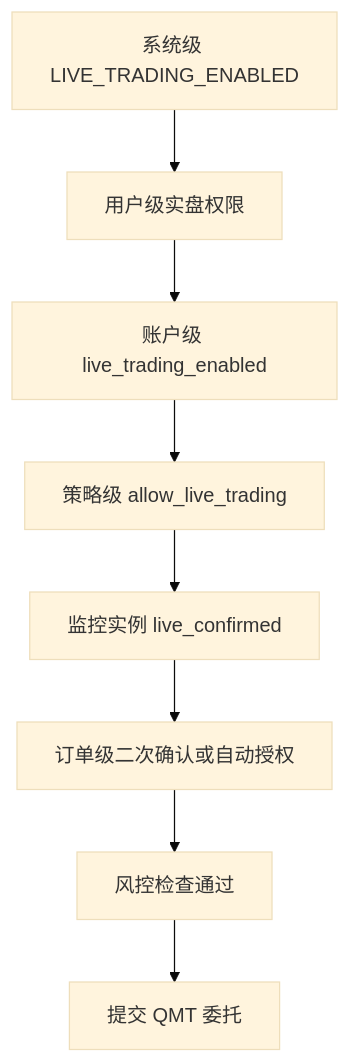
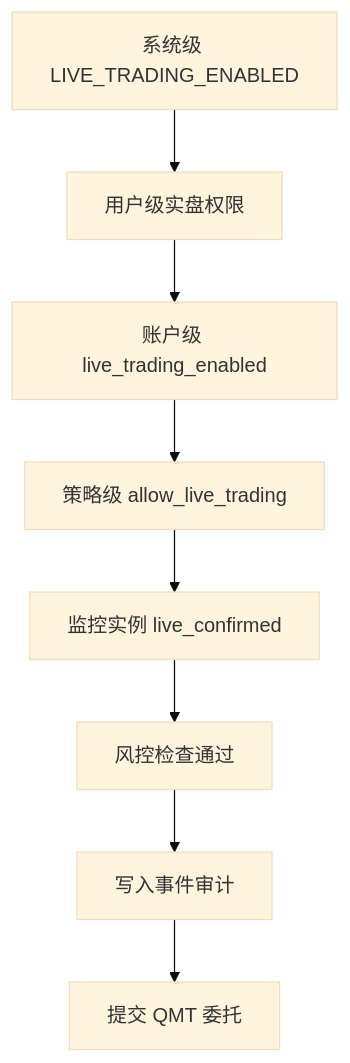
The fourth of 5 diagrams in 产品文档.md (muyouvip-ship-it/quanzhizhiyan), drawn with Mermaid (base theme) before and after one commit. The commit also changed other lines of this file and 53 other files, not shown here.

````diff
--- a/产品文档.md
+++ b/产品文档.md
@@ -1260,10 +1260,10 @@
 ```mermaid
 flowchart TD
     A["系统级 LIVE_TRADING_ENABLED"] --> B["用户级实盘权限"]
     B --> C["账户级 live_trading_enabled"]
     C --> D["策略级 allow_live_trading"]
     D --> E["监控实例 live_confirmed"]
-    E --> F["订单级二次确认或自动授权"]
-    F --> G["风控检查通过"]
+    E --> F["风控检查通过"]
+    F --> G["写入事件审计"]
     G --> H["提交 QMT 委托"]
 ```
````
